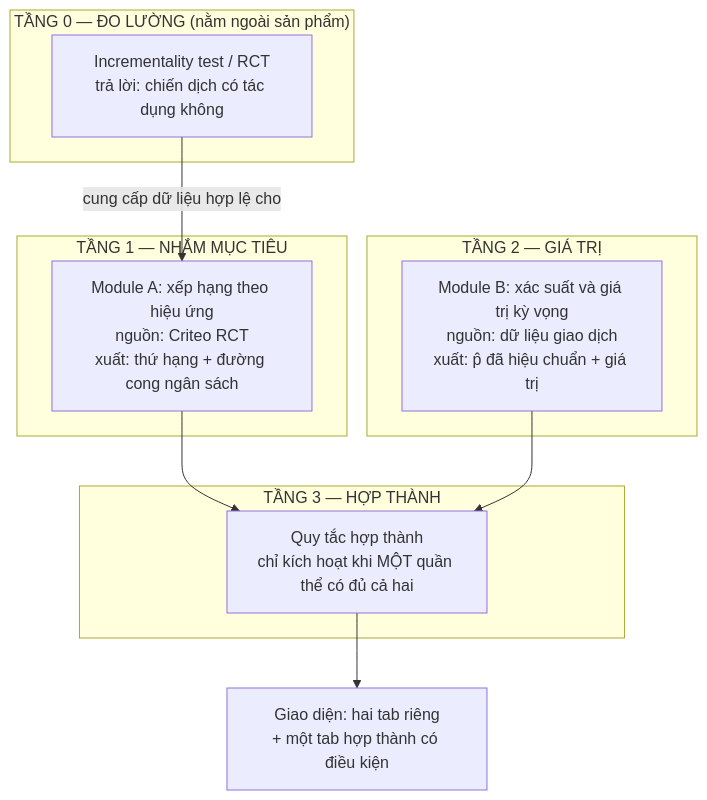
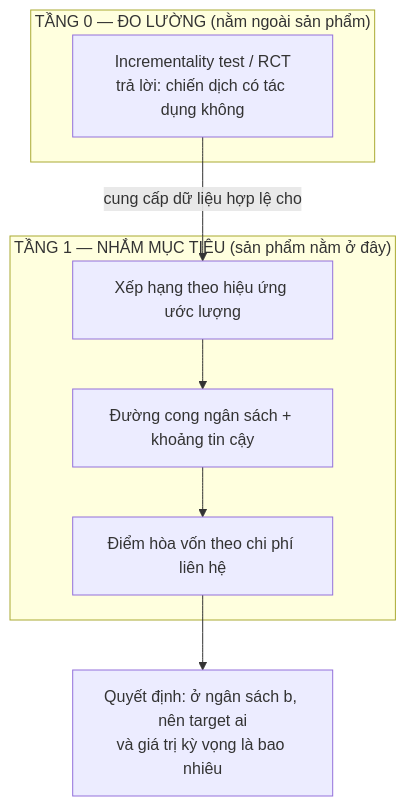
One commit to ThanhDatVN/Causal-Uplift-for-Activation-and-Retention changed the fourth of 5 diagrams in docs/END_TO_END_WORKFLOW.md. Above: the diagram before and after it, drawn with Mermaid. The commit also changed other lines of this file and 1 other file, not shown here.

````diff
--- a/docs/END_TO_END_WORKFLOW.md
+++ b/docs/END_TO_END_WORKFLOW.md
@@ -691,20 +387,14 @@
 ```mermaid
 flowchart TB
     subgraph L0["TẦNG 0 — ĐO LƯỜNG (nằm ngoài sản phẩm)"]
         M["Incrementality test / RCT<br/>trả lời: chiến dịch có tác dụng không"]
     end
-    subgraph L1["TẦNG 1 — NHẮM MỤC TIÊU"]
-        TA["Module A: xếp hạng theo hiệu ứng<br/>nguồn: Criteo RCT<br/>xuất: thứ hạng + đường cong ngân sách"]
+    subgraph L1["TẦNG 1 — NHẮM MỤC TIÊU (sản phẩm nằm ở đây)"]
+        T1["Xếp hạng theo hiệu ứng ước lượng"]
+        T2["Đường cong ngân sách + khoảng tin cậy"]
+        T3["Điểm hòa vốn theo chi phí liên hệ"]
+        T1 --> T2 --> T3
     end
-    subgraph L2["TẦNG 2 — GIÁ TRỊ"]
-        TB["Module B: xác suất và giá trị kỳ vọng<br/>nguồn: dữ liệu giao dịch<br/>xuất: p̂ đã hiệu chuẩn + giá trị"]
-    end
-    subgraph L3["TẦNG 3 — HỢP THÀNH"]
-        C["Quy tắc hợp thành<br/>chỉ kích hoạt khi MỘT quần thể có đủ cả hai"]
-    end
-
-    M -->|"cung cấp dữ liệu hợp lệ cho"| TA
-    TA --> C
-    TB --> C
-    C --> UI["Giao diện: hai tab riêng<br/>+ một tab hợp thành có điều kiện"]
+    M -->|"cung cấp dữ liệu hợp lệ cho"| T1
+    T3 --> OUT["Quyết định: ở ngân sách b, nên target ai<br/>và giá trị kỳ vọng là bao nhiêu"]
 ```
````
